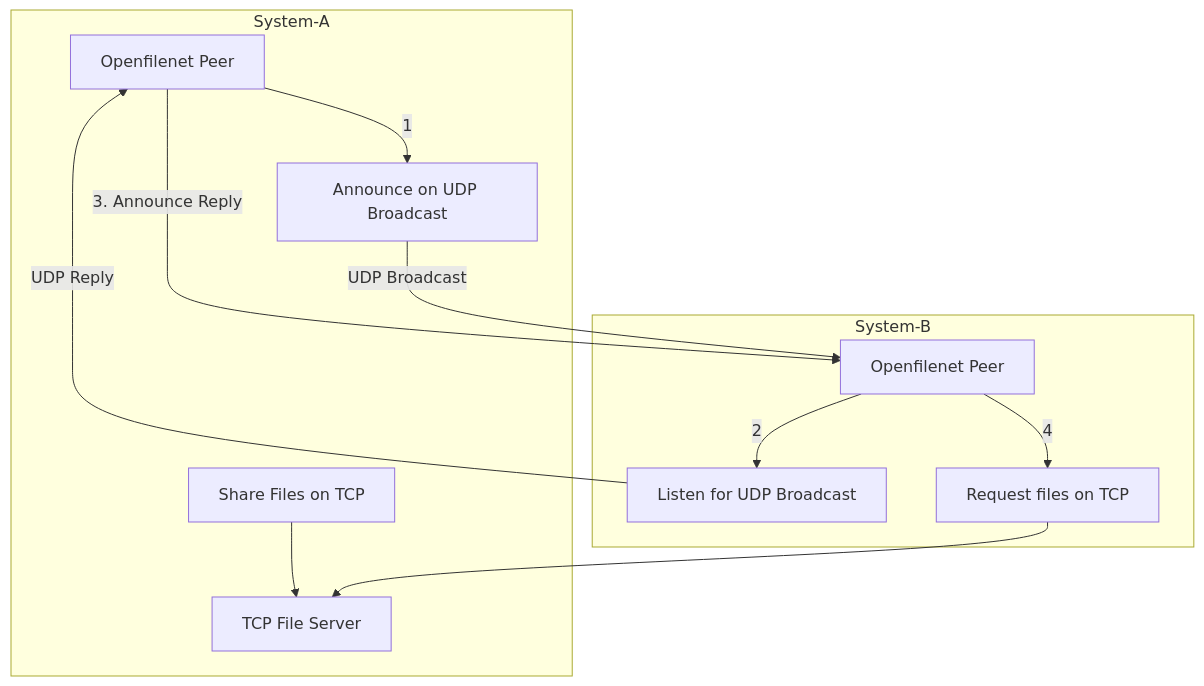
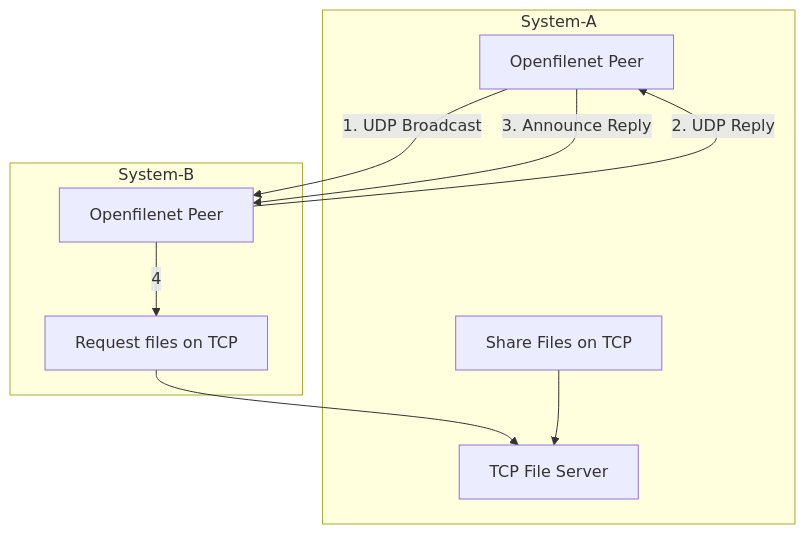
Before and after one commit to vamsi-karnam/openfilenet: the diagram in README.md, drawn with Mermaid.

````diff
--- a/README.md
+++ b/README.md
@@ -44,25 +44,21 @@
 ```mermaid
 flowchart TD
 
 subgraph System-A
   P1[Openfilenet Peer]
-  A1[Announce on UDP Broadcast]
-  A2[Share Files on TCP]
-  A3[TCP File Server]
+  A1[Share Files on TCP]
+  A2[TCP File Server]
 end
 
 subgraph System-B
   P2[Openfilenet Peer]
-  B1[Listen for UDP Broadcast]
-  B2[Request files on TCP]
+  B1[Request files on TCP]
 end
 
-P1 -- "1" --> A1
-A1 -- "UDP Broadcast" --> P2
-P2 -- "2" --> B1
-B1 -- "UDP Reply" --> P1
+P1 -- "1. UDP Broadcast" --> P2
+P2 -- "2. UDP Reply" --> P1
 P1 -- "3. Announce Reply" --> P2
-P2 -- "4" --> B2 --> A3
-A2 --> A3 
+P2 -- "4" --> B1 --> A2
+A1 --> A2 
 
 ```
````
